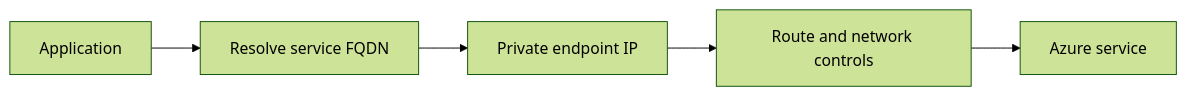
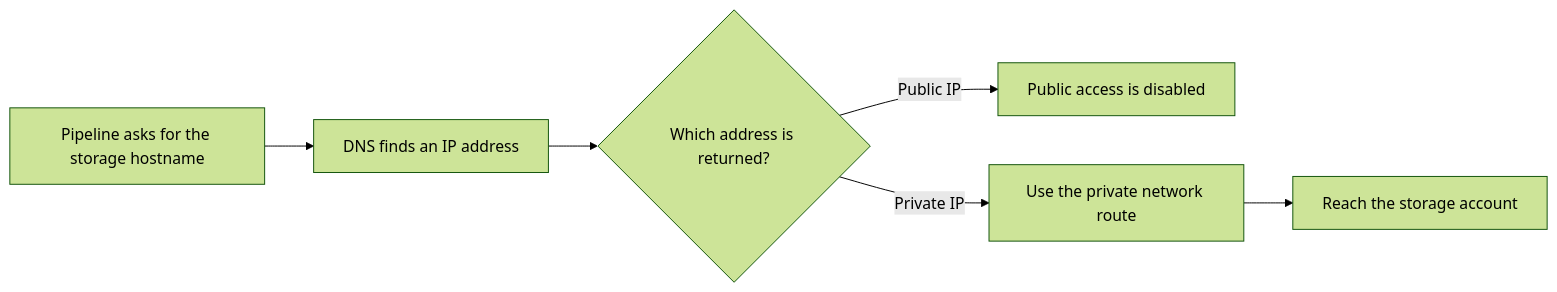
The diagram in DE/industry-experience/03-private-endpoint-connectivity.md (xuyangHan/FROM-DATA-TO-DECISIONS), drawn with Mermaid (forest theme) before and after one commit. The commit also changed other lines of this file and 1 other file, not shown here.

````diff
--- a/DE/industry-experience/03-private-endpoint-connectivity.md
+++ b/DE/industry-experience/03-private-endpoint-connectivity.md
@@ -13,7 +19,8 @@
 ```mermaid
 flowchart LR
-  app[Application] --> dns[Resolve service FQDN]
-  dns --> privateIP[Private endpoint IP]
-  privateIP --> route[Route and network controls]
-  route --> service[Azure service]
+  pipeline[Pipeline asks for the storage hostname] --> dns[DNS finds an IP address]
+  dns --> decision{Which address is returned?}
+  decision -->|Public IP| blocked[Public access is disabled]
+  decision -->|Private IP| route[Use the private network route]
+  route --> service[Reach the storage account]
 ```
````
